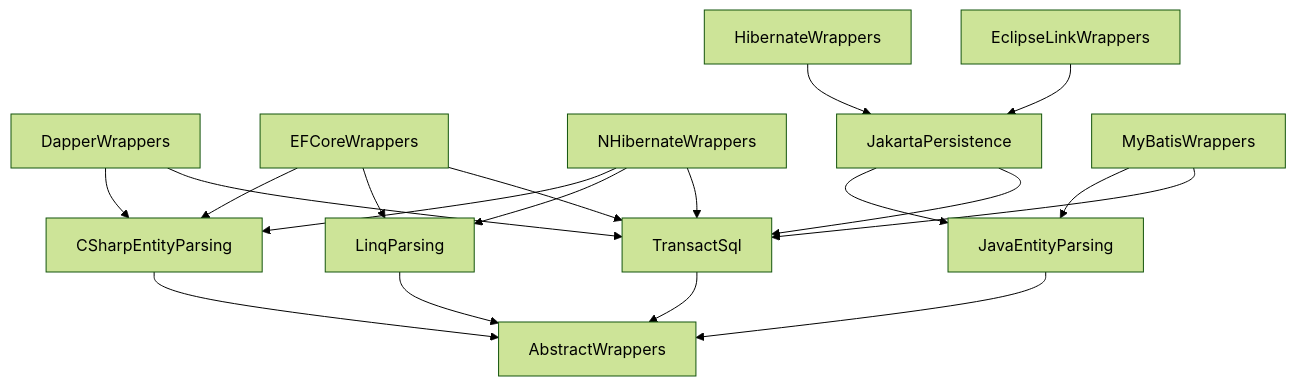
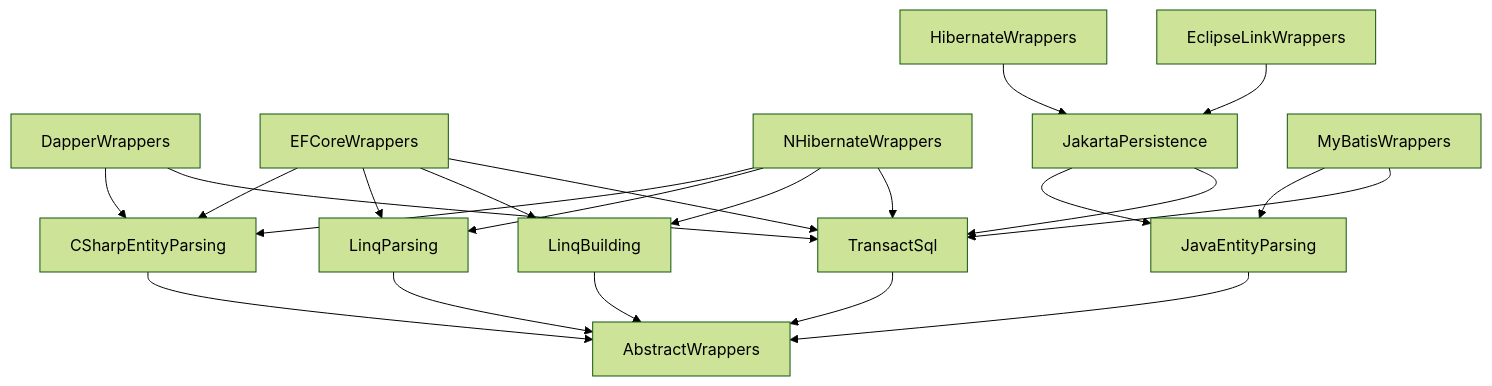
The third of 17 diagrams in docs/architecture.md (MiraStochel/orm-convertor), drawn with Mermaid (forest theme) before and after one commit. The commit also changed other lines of this file and 39 other files, not shown here.

````diff
--- a/docs/architecture.md
+++ b/docs/architecture.md
@@ -106,12 +106,13 @@
 ```mermaid
 flowchart TD
     DAP["DapperWrappers"] & EF["EFCoreWrappers"] & NH["NHibernateWrappers"] --> CS["CSharpEntityParsing"]
     EF & NH --> LQ["LinqParsing"]
+    EF & NH --> LB["LinqBuilding"]
     DAP & EF & NH --> TS["TransactSql"]
     HIB["HibernateWrappers"] & ECL["EclipseLinkWrappers"] --> JPA["JakartaPersistence"]
     JPA --> JE["JavaEntityParsing"]
     JPA --> TS
     MB["MyBatisWrappers"] --> JE
     MB --> TS
-    CS & LQ & JE & TS --> AW["AbstractWrappers"]
+    CS & LQ & LB & JE & TS --> AW["AbstractWrappers"]
 ```
````
